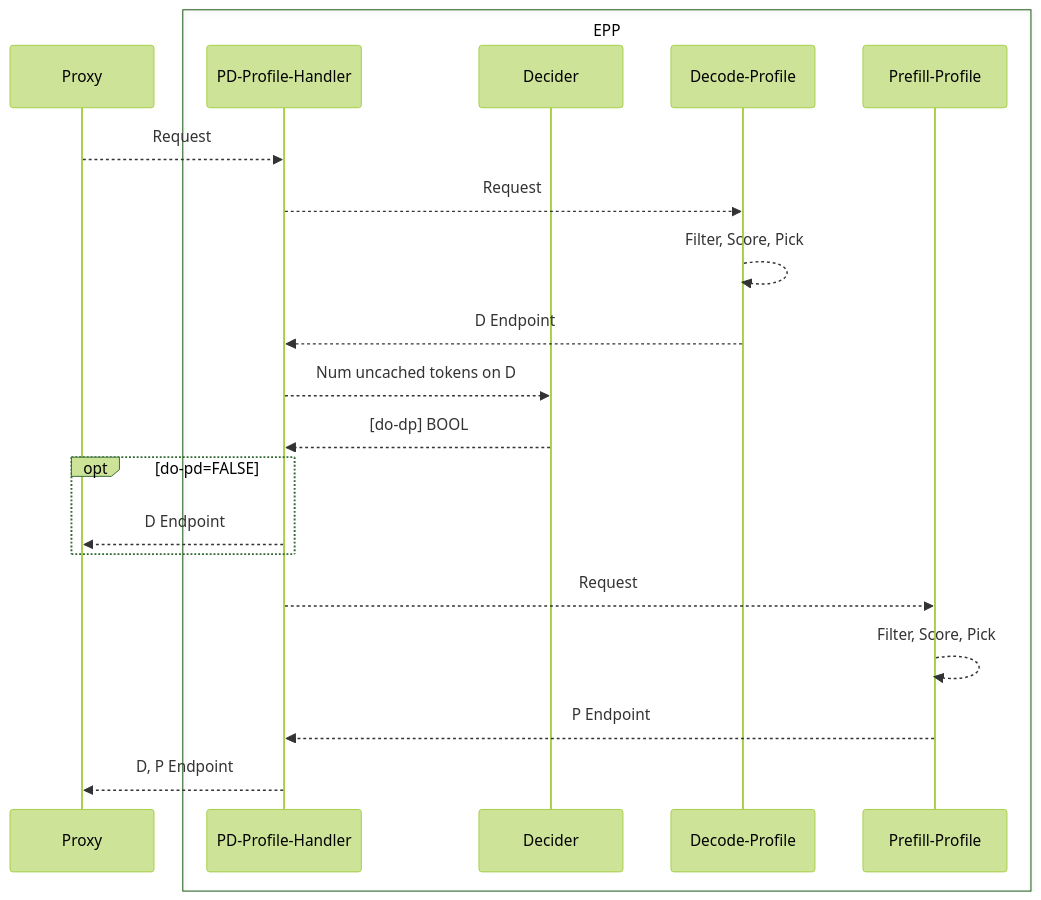
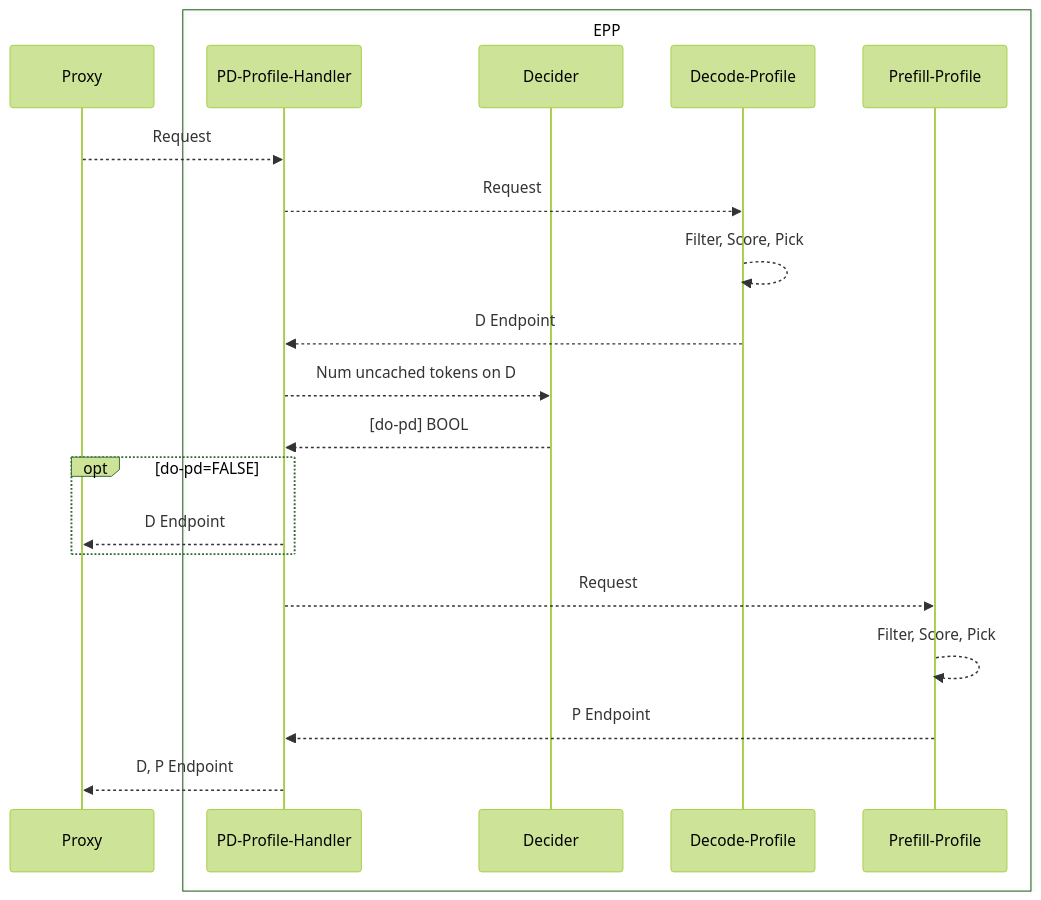
The second of 2 diagrams in docs/wip-docs-new/architecture/advanced/disaggregation/README.md (llm-d/llm-d), drawn with Mermaid (forest theme) before and after one commit.

````diff
--- a/docs/wip-docs-new/architecture/advanced/disaggregation/README.md
+++ b/docs/wip-docs-new/architecture/advanced/disaggregation/README.md
@@ -70,25 +70,25 @@
 ```mermaid
 sequenceDiagram
     participant Proxy
     box EPP
         participant PD-Profile-Handler
         participant Decider
         participant Decode-Profile
         participant Prefill-Profile
     end
 
     Proxy-->>PD-Profile-Handler: Request
     PD-Profile-Handler-->>Decode-Profile: Request
     Decode-Profile-->>Decode-Profile: Filter, Score, Pick
     Decode-Profile-->>PD-Profile-Handler: D Endpoint
     PD-Profile-Handler-->>Decider: Num uncached tokens on D
-    Decider-->>PD-Profile-Handler: [do-dp] BOOL
+    Decider-->>PD-Profile-Handler: [do-pd] BOOL
     opt do-pd=FALSE
         PD-Profile-Handler-->>Proxy: D Endpoint
     end
 
     PD-Profile-Handler-->>Prefill-Profile: Request
     Prefill-Profile-->>Prefill-Profile: Filter, Score, Pick
     Prefill-Profile-->>PD-Profile-Handler: P Endpoint
     PD-Profile-Handler-->>Proxy: D, P Endpoint
 ```
````
